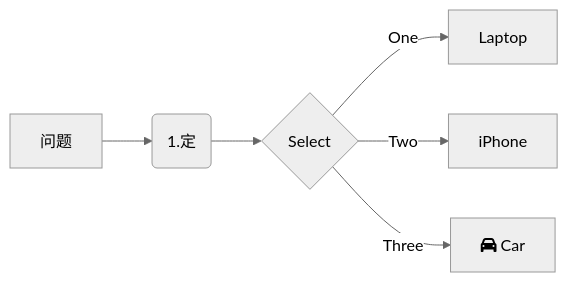
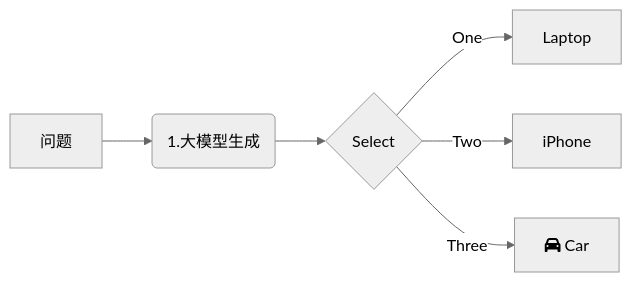
The diagram in all/未命名-21.md (yingjianzh/iodraw-files), drawn with Mermaid (neutral theme) before and after one commit.

Commit message:
2025-02-17 14:17:28 update

````diff
--- a/all/未命名-21.md
+++ b/all/未命名-21.md
@@ -1,9 +1,9 @@
 ```mermaid
 graph LR
-    A[问题] -->B(1.定)
+    A[问题] -->B(1.大模型生成)
     B --> C{Select}
     C -->|One| D[Laptop]
     C -->|Two| E[iPhone]
     C -->|Three| F[fa:fa-car Car]
   
 ```
````
